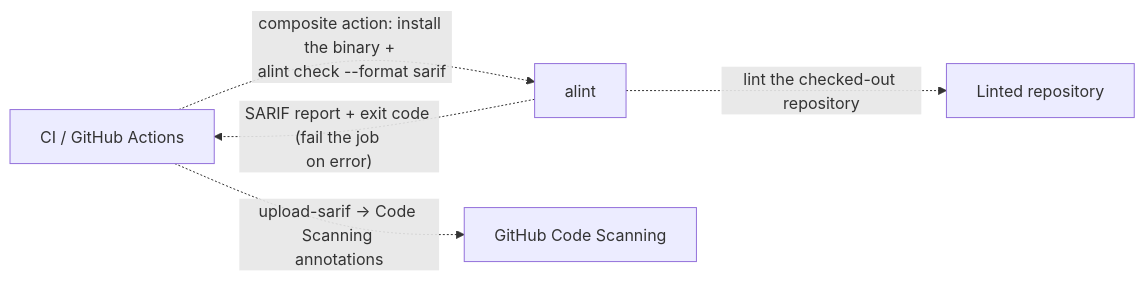
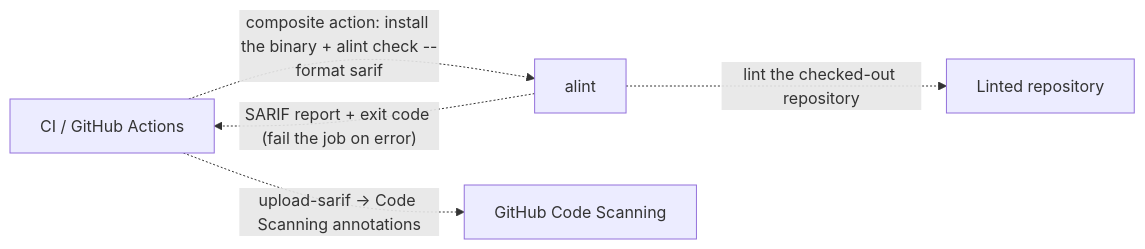
One commit to actions-marketplace-validations/asamarts_alint changed diagram 19 of 27 in docs/design/architecture/DIAGRAMS.md. Above: the diagram before and after it, drawn with Mermaid. The commit also changed other lines of this file and 19 other files, not shown here.

````diff
--- a/docs/design/architecture/DIAGRAMS.md
+++ b/docs/design/architecture/DIAGRAMS.md
@@ -422,14 +380,11 @@
 ```mermaid
 graph LR
   Ci["CI / GitHub Actions"]
   AlintCliAlintBin["alint"]
   Repo["Linted repository"]
   Codescan["GitHub Code Scanning"]
-  Ci -. "`composite action: install the binary + 
-alint check --format sarif`" .-> AlintCliAlintBin
+  Ci -. "`composite action: install the binary + alint check --format sarif`" .-> AlintCliAlintBin
   AlintCliAlintBin -. "`lint the checked-out repository`" .-> Repo
-  AlintCliAlintBin -. "`SARIF report + exit code (fail the job 
-on error)`" .-> Ci
-  Ci -. "`upload-sarif -> Code Scanning 
-annotations`" .-> Codescan
+  AlintCliAlintBin -. "`SARIF report + exit code (fail the job on error)`" .-> Ci
+  Ci -. "`upload-sarif -> Code Scanning annotations`" .-> Codescan
 ```
````
